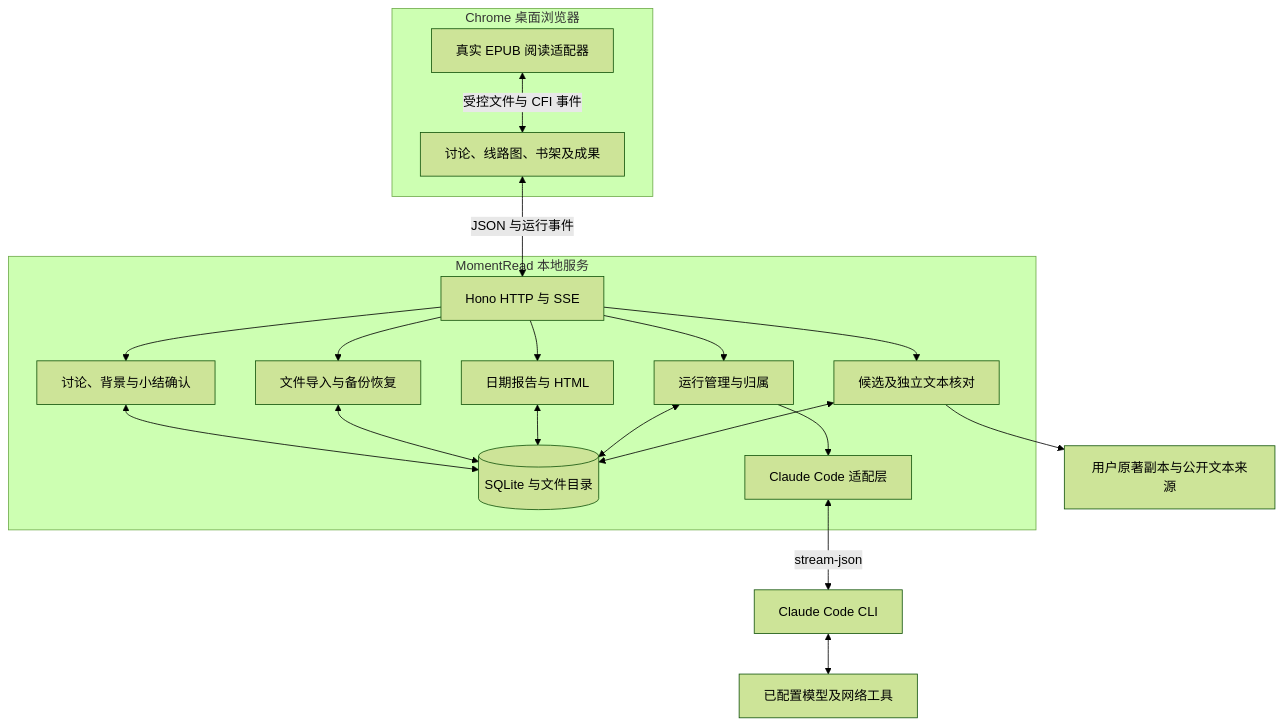
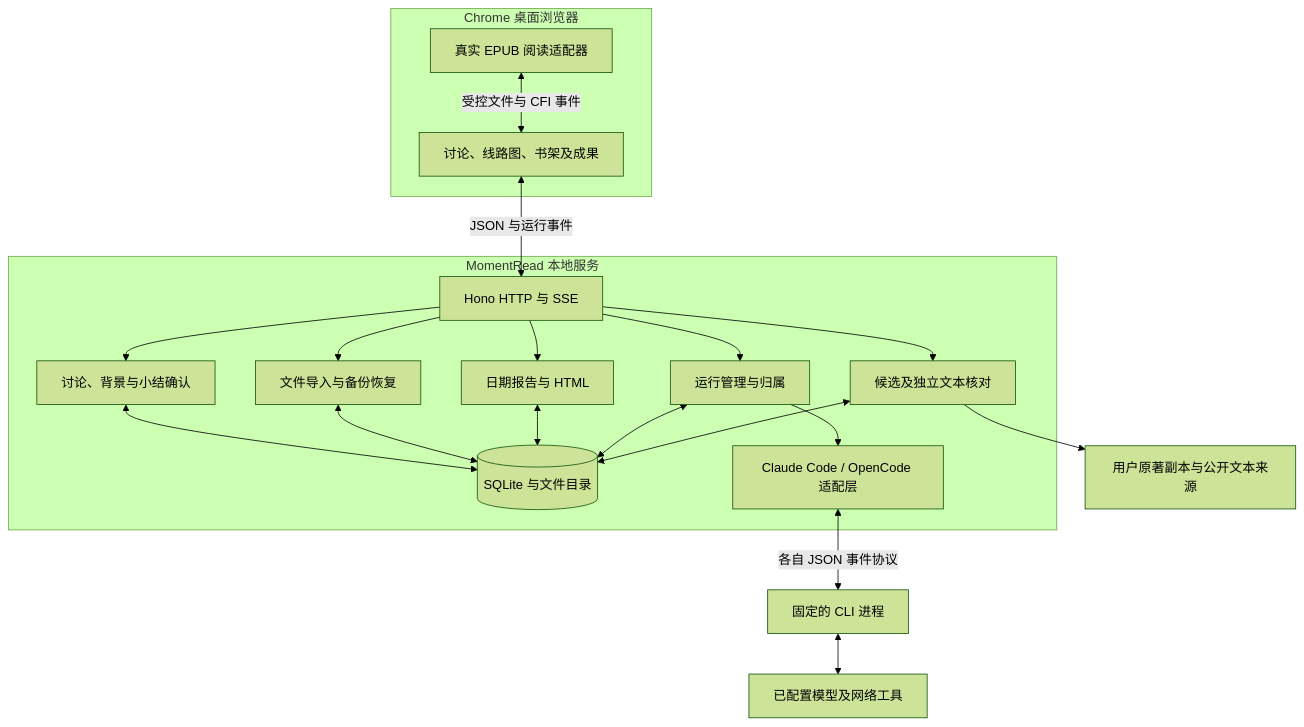
One commit to CamellionKid/momentread changed the diagram in docs/ARCHITECTURE.md. Above: the diagram before and after it, drawn with Mermaid (forest theme). The commit also changed other lines of this file and 33 other files, not shown here.

````diff
--- a/docs/ARCHITECTURE.md
+++ b/docs/ARCHITECTURE.md
@@ -32,33 +41,33 @@
 ```mermaid
 flowchart TB
   subgraph Browser[Chrome 桌面浏览器]
     Reader[真实 EPUB 阅读适配器]
     UI[讨论、线路图、书架及成果]
   end
   subgraph Local[MomentRead 本地服务]
     HTTP[Hono HTTP 与 SSE]
     Learning[讨论、背景与小结确认]
     Runs[运行管理与归属]
     Matching[候选及独立文本核对]
     Library[文件导入与备份恢复]
     Reports[日期报告与 HTML]
     Store[(SQLite 与文件目录)]
-    Adapter[Claude Code 适配层]
+    Adapter[Claude Code / OpenCode 适配层]
   end
   Reader <-->|受控文件与 CFI 事件| UI
   UI <-->|JSON 与运行事件| HTTP
   HTTP --> Learning
   HTTP --> Runs
   HTTP --> Library
   HTTP --> Reports
   Learning <--> Store
   Library <--> Store
   Reports <--> Store
   Runs <--> Store
   Runs --> Adapter
-  Adapter <-->|stream-json| CLI[Claude Code CLI]
+  Adapter <-->|各自 JSON 事件协议| CLI[固定的 CLI 进程]
   CLI <--> Provider[已配置模型及网络工具]
   HTTP --> Matching
   Matching <--> Store
   Matching --> Sources[用户原著副本与公开文本来源]
 ```
````
